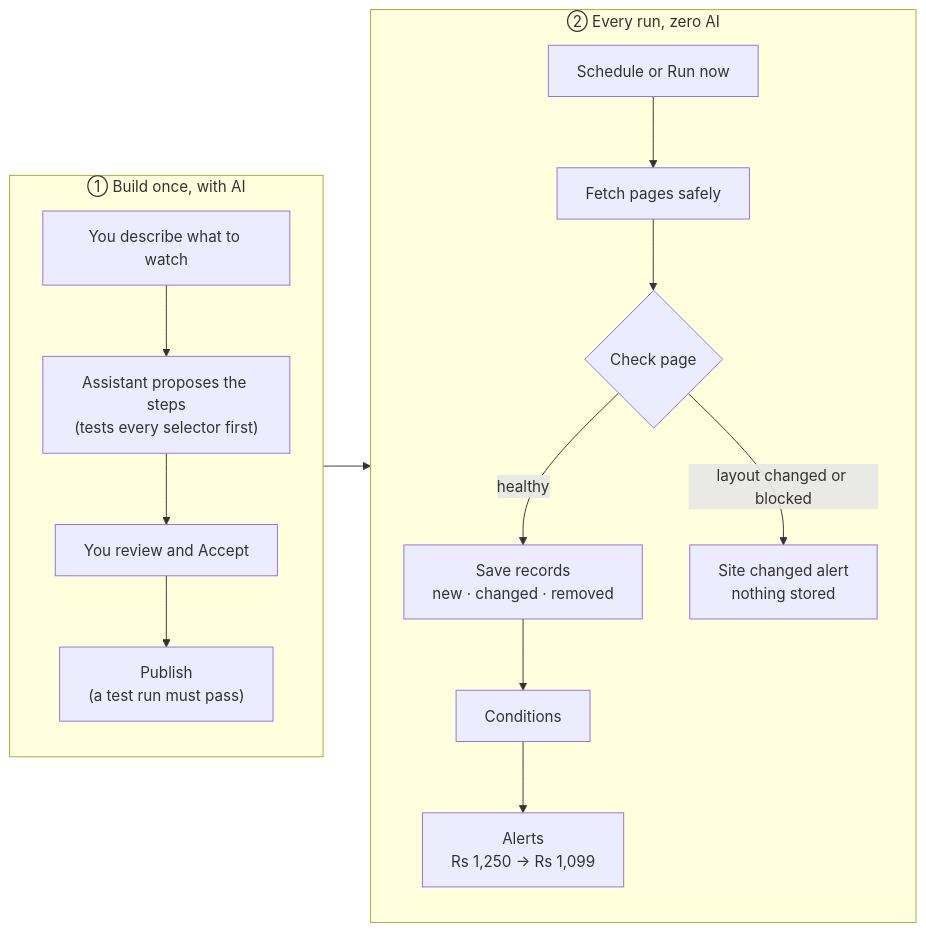
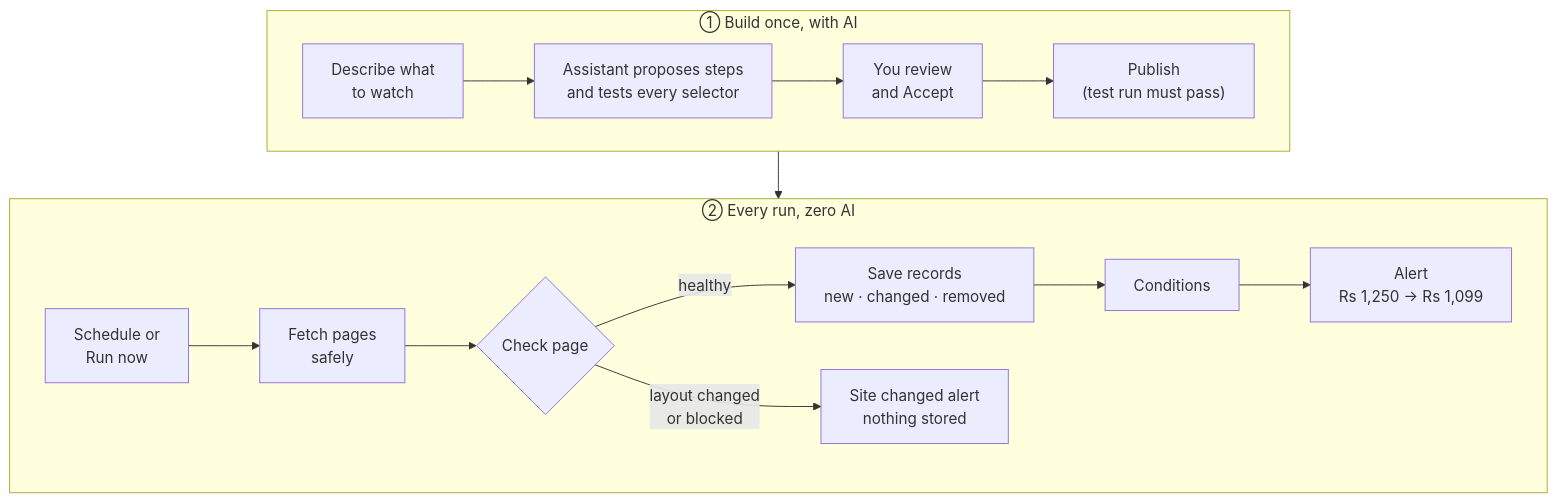
Before and after one commit to UzairSabirKhan/se-max-template: the diagram in README.md, drawn with Mermaid.

Commit message:
docs(readme): replace the text diagram with a Mermaid flowchart
Two lanes, 'build once, with AI' and 'every run, zero AI', with the healthy and the
layout-changed paths after Check page. Rendered and checked locally before pushing.

````diff
--- a/README.md
+++ b/README.md
@@ -22,18 +22,14 @@
 ```mermaid
-flowchart LR
+flowchart TB
     subgraph BUILD["① Build once, with AI"]
-        direction TB
-        A["You describe what to watch"] --> B["Assistant proposes the steps<br/>(tests every selector first)"]
-        B --> C["You review and Accept"]
-        C --> D["Publish<br/>(a test run must pass)"]
+        direction LR
+        A["Describe what<br/>to watch"] --> B["Assistant proposes steps<br/>and tests every selector"] --> C["You review<br/>and Accept"] --> D["Publish<br/>(test run must pass)"]
     end
     subgraph RUN["② Every run, zero AI"]
-        direction TB
-        E["Schedule or Run now"] --> F["Fetch pages safely"]
-        F --> G{"Check page"}
-        G -->|healthy| H["Save records<br/>new · changed · removed"]
-        H --> I["Conditions"] --> J["Alerts<br/>Rs 1,250 → Rs 1,099"]
-        G -->|layout changed or blocked| K["Site changed alert<br/>nothing stored"]
+        direction LR
+        E["Schedule or<br/>Run now"] --> F["Fetch pages<br/>safely"] --> G{"Check page"}
+        G -->|healthy| H["Save records<br/>new · changed · removed"] --> I["Conditions"] --> J["Alert<br/>Rs 1,250 → Rs 1,099"]
+        G -->|layout changed<br/>or blocked| K["Site changed alert<br/>nothing stored"]
     end
-    D --> E
+    BUILD --> RUN
 ```
````
